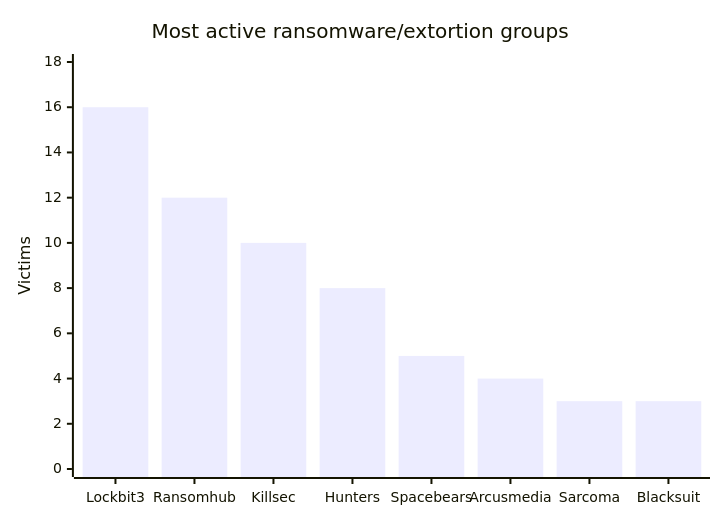
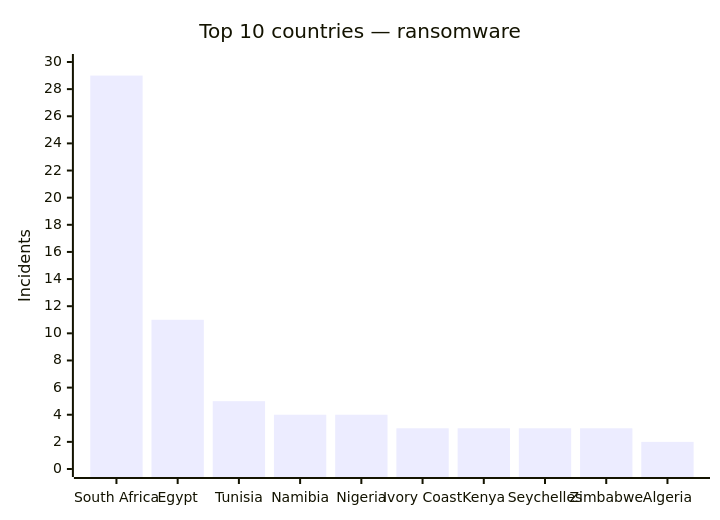
One commit to Hatchepsoute/AFRINTEL changed the second of 3 diagrams in CyberAttackAfrica/2024/README.md. Above: the diagram before and after it, drawn with Mermaid. The commit also changed other lines of this file and 255 other files, not shown here.

````diff
--- a/CyberAttackAfrica/2024/README.md
+++ b/CyberAttackAfrica/2024/README.md
@@ -191,7 +251,7 @@
 ```mermaid
 xychart-beta
-    title "Most active ransomware/extortion groups"
-    x-axis ["Lockbit3", "Ransomhub", "Killsec", "Hunters", "Spacebears", "Arcusmedia", "Sarcoma", "Blacksuit"]
-    y-axis "Victims" 0 --> 18
-    bar [16, 12, 10, 8, 5, 4, 3, 3]
+    title "Top 10 countries — ransomware"
+    x-axis ["South Africa", "Egypt", "Tunisia", "Namibia", "Nigeria", "Ivory Coast", "Kenya", "Seychelles", "Zimbabwe", "Algeria"]
+    y-axis "Incidents" 0 --> 30
+    bar [29, 11, 5, 4, 4, 3, 3, 3, 3, 2]
 ```
````
